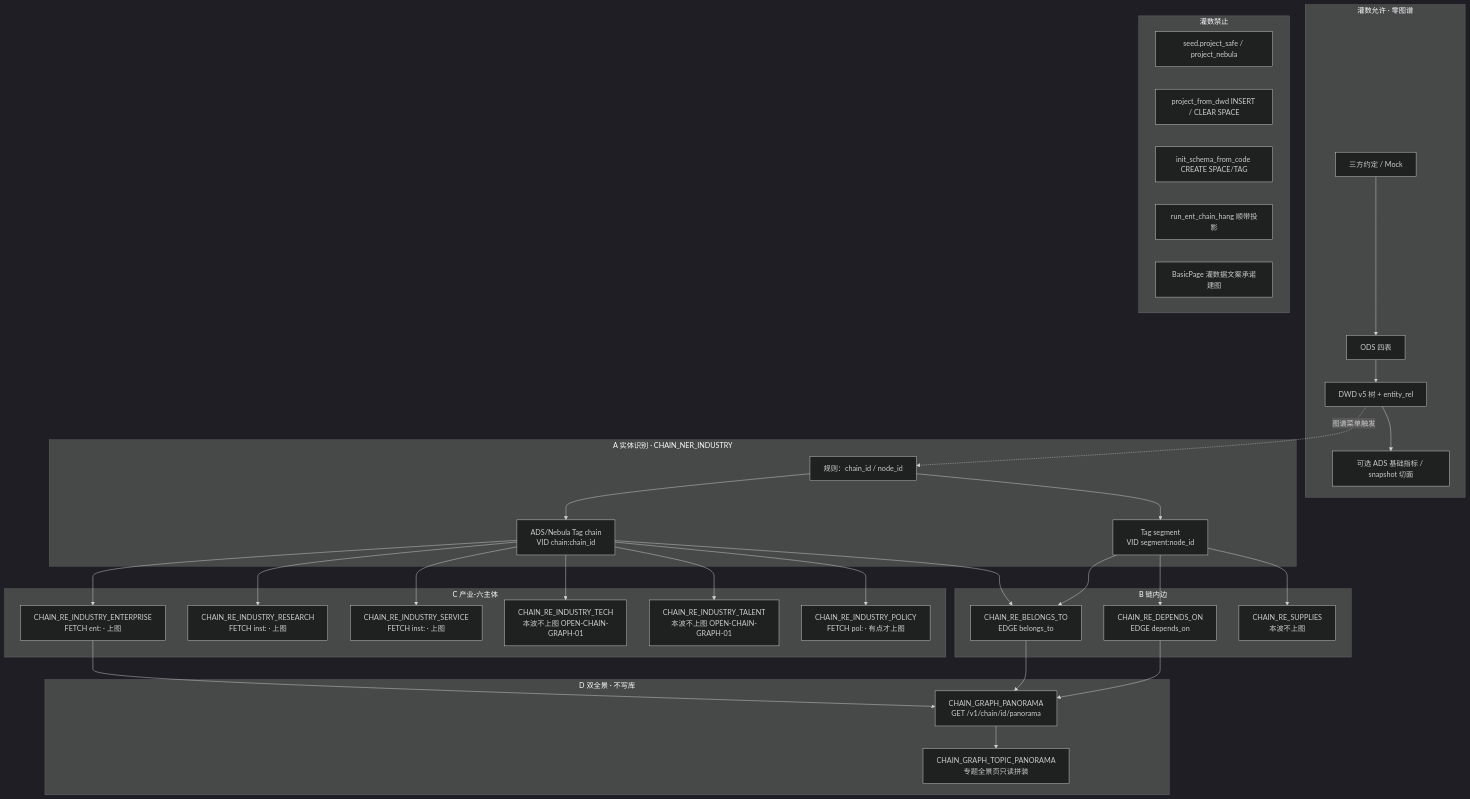
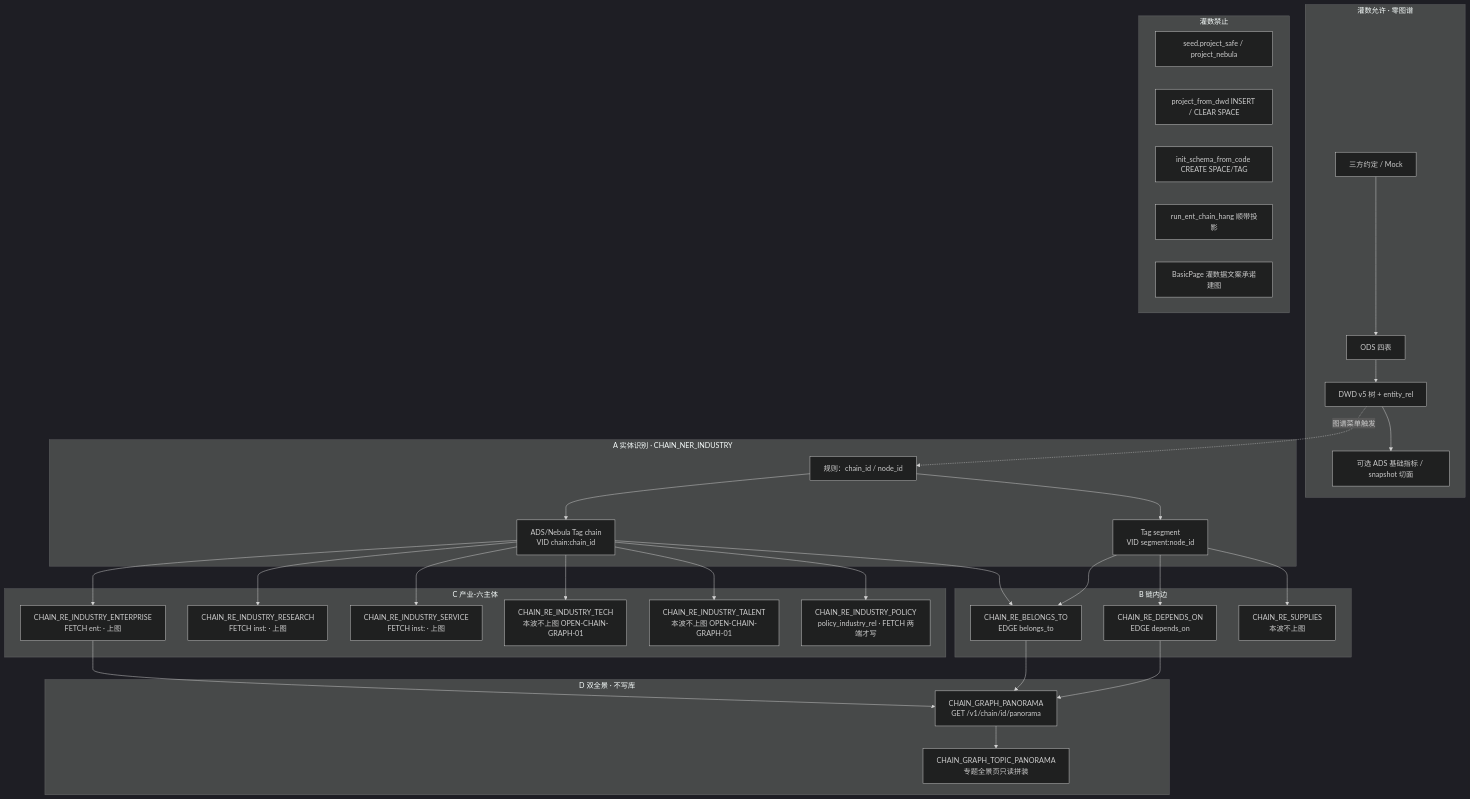
One commit to Marisolebxf/- changed diagram 11 of 11 in agent-delivery/data/data-design/storage/CHAIN/etl/pipeline-to-nebula.md. Above: the diagram before and after it, drawn with Mermaid (dark theme). The commit also changed other lines of this file, not shown here.

First line of the commit message:
[agent:algorithm-agent] docs(chain): 产业-政策上图源改为 policy_industry_rel

````diff
--- a/agent-delivery/data/data-design/storage/CHAIN/etl/pipeline-to-nebula.md
+++ b/agent-delivery/data/data-design/storage/CHAIN/etl/pipeline-to-nebula.md
@@ -573,45 +573,45 @@
 ```mermaid
 flowchart TB
   subgraph ingestAllowed [灌数允许 · 零图谱]
     SRC["三方约定 / Mock"] --> ODS["ODS 四表"]
     ODS --> DWD["DWD v5 树 + entity_rel"]
     DWD --> BASIC["可选 ADS 基础指标 / snapshot 切面"]
   end
 
   subgraph menuA [A 实体识别 · CHAIN_NER_INDUSTRY]
     DWD -.->|图谱菜单触发| NER["规则：chain_id / node_id"]
     NER --> CH["ADS/Nebula Tag chain<br/>VID chain:chain_id"]
     NER --> SEG["Tag segment<br/>VID segment:node_id"]
   end
 
   subgraph menuB [B 链内边]
     SEG --> BEL["CHAIN_RE_BELONGS_TO<br/>EDGE belongs_to"]
     CH --> BEL
     SEG --> DEP["CHAIN_RE_DEPENDS_ON<br/>EDGE depends_on"]
     SEG --> SUP["CHAIN_RE_SUPPLIES<br/>本波不上图"]
   end
 
   subgraph menuC [C 产业-六主体]
     CH --> ENT["CHAIN_RE_INDUSTRY_ENTERPRISE<br/>FETCH ent: · 上图"]
     CH --> RES["CHAIN_RE_INDUSTRY_RESEARCH<br/>FETCH inst: · 上图"]
     CH --> SVC["CHAIN_RE_INDUSTRY_SERVICE<br/>FETCH inst: · 上图"]
     CH --> TECH["CHAIN_RE_INDUSTRY_TECH<br/>本波不上图 OPEN-CHAIN-GRAPH-01"]
     CH --> TAL["CHAIN_RE_INDUSTRY_TALENT<br/>本波不上图 OPEN-CHAIN-GRAPH-01"]
-    CH --> POL["CHAIN_RE_INDUSTRY_POLICY<br/>FETCH pol: · 有点才上图"]
+    CH --> POL["CHAIN_RE_INDUSTRY_POLICY<br/>policy_industry_rel · FETCH 两端才写"]
   end
 
   subgraph menuD [D 双全景 · 不写库]
     DEP --> GET1["CHAIN_GRAPH_PANORAMA<br/>GET /v1/chain/id/panorama"]
     BEL --> GET1
     ENT --> GET1
     GET1 --> GET2["CHAIN_GRAPH_TOPIC_PANORAMA<br/>专题全景页只读拼装"]
   end
 
   subgraph forbidden [灌数禁止]
     X1["seed.project_safe / project_nebula"]
     X2["project_from_dwd INSERT / CLEAR SPACE"]
     X3["init_schema_from_code CREATE SPACE/TAG"]
     X4["run_ent_chain_hang 顺带投影"]
     X5["BasicPage 灌数据文案承诺建图"]
   end
 ```
````
